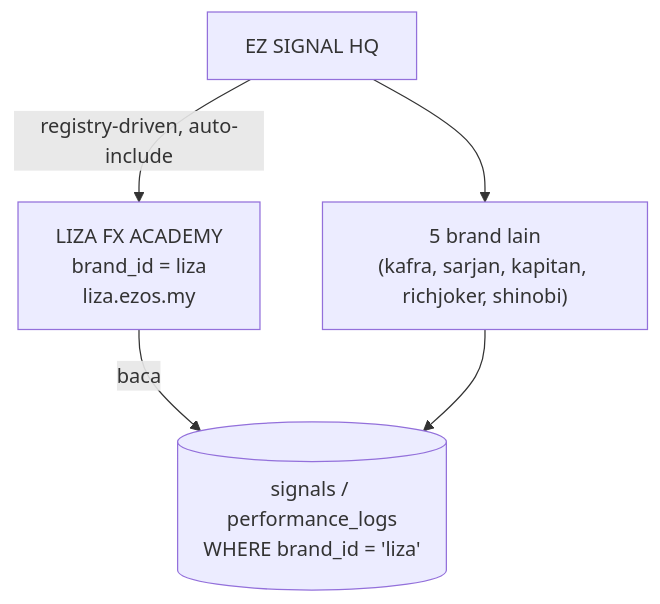
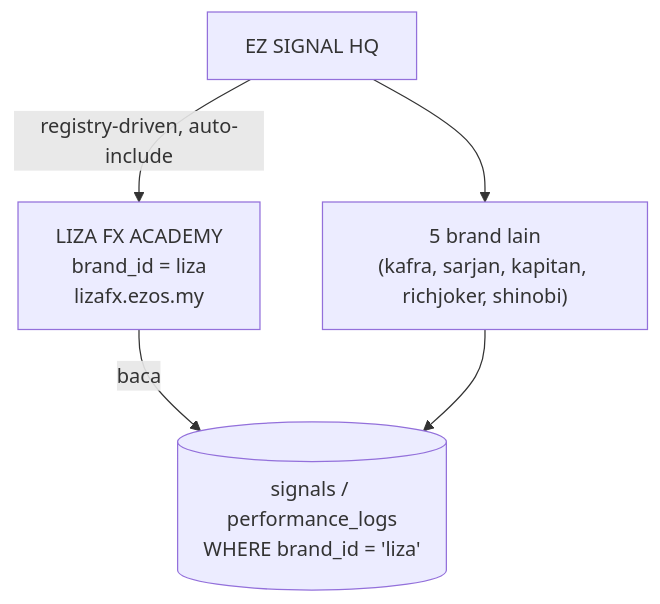
The fourth of 6 diagrams in docs/HQ-ARCHITECTURE-DIAGRAM.md (ezsignal/ezsignal), drawn with Mermaid before and after one commit. The commit also changed other lines of this file and 9 other files, not shown here.

First line of the commit message:
chore(hq): LIZA live — domain lizafx.ezos.my, vercel project lizafx, status synced

````diff
--- a/docs/HQ-ARCHITECTURE-DIAGRAM.md
+++ b/docs/HQ-ARCHITECTURE-DIAGRAM.md
@@ -156,7 +156,7 @@
 ```mermaid
 flowchart TB
-    HQ["EZ SIGNAL HQ"] -->|registry-driven, auto-include| LIZA["LIZA FX ACADEMY<br/>brand_id = liza<br/>liza.ezos.my"]
+    HQ["EZ SIGNAL HQ"] -->|registry-driven, auto-include| LIZA["LIZA FX ACADEMY<br/>brand_id = liza<br/>lizafx.ezos.my"]
     HQ --> OTHERS["5 brand lain<br/>(kafra, sarjan, kapitan, richjoker, shinobi)"]
     LIZA -->|baca| DB[("signals / performance_logs<br/>WHERE brand_id = 'liza'")]
     OTHERS --> DB
 ```
````
